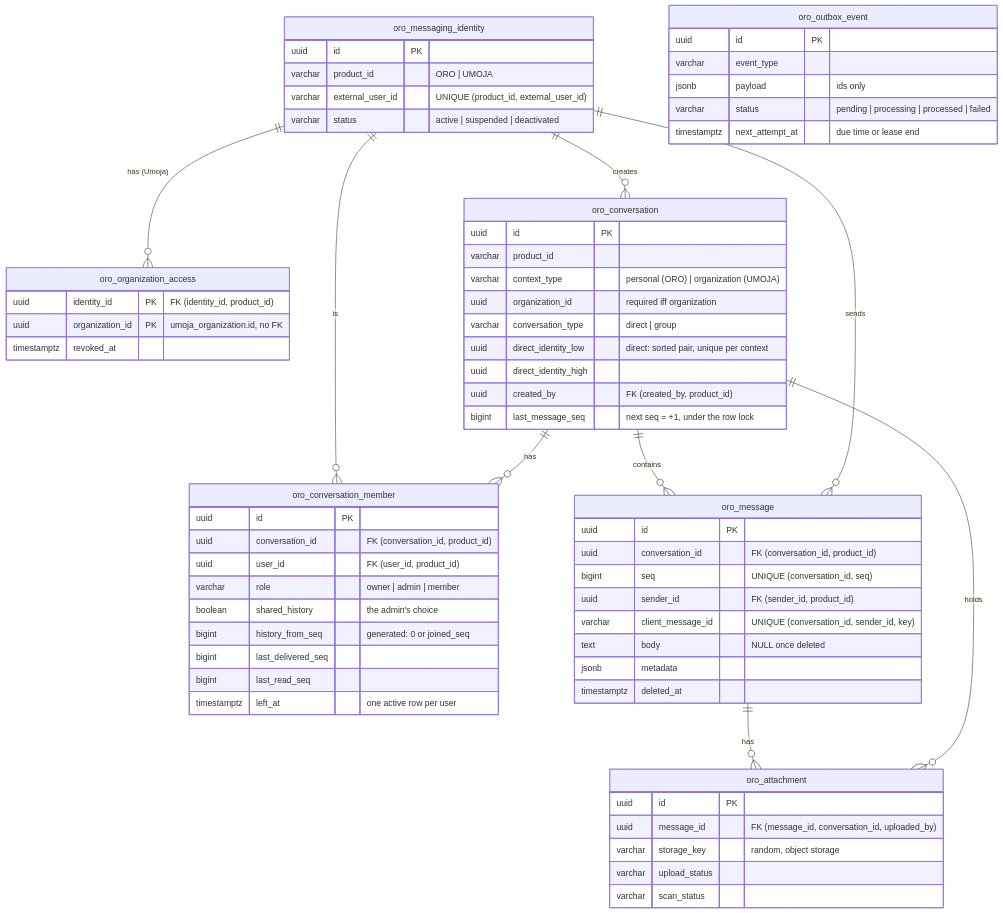
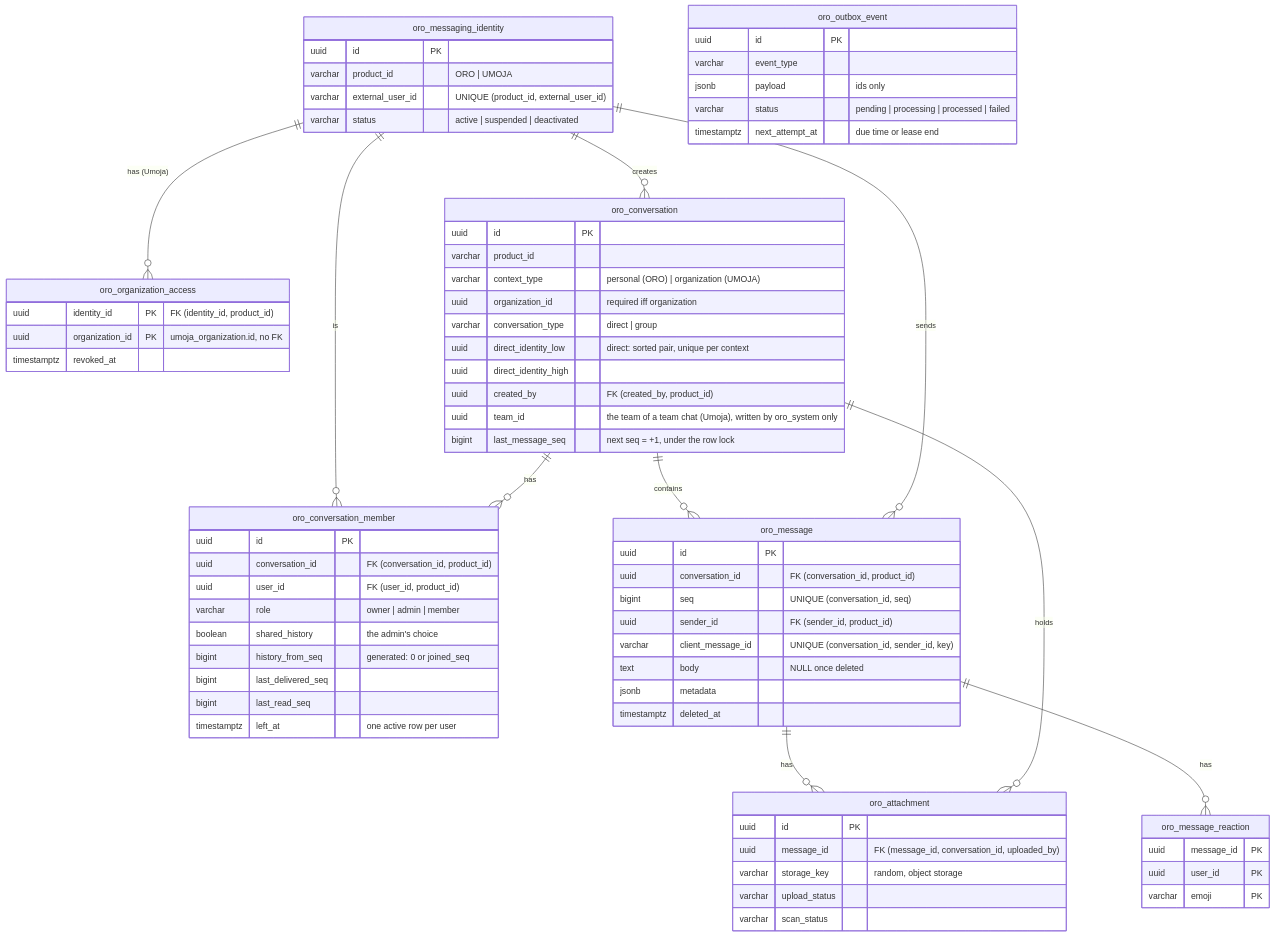
Before and after one commit to chrissbill23/oro: the diagram in backend/README.md, drawn with Mermaid. The commit also changed other lines of this file and 45 other files, not shown here.

First line of the commit message:
Add live streams, team chats, reactions, search and files to Oro

````diff
--- a/backend/README.md
+++ b/backend/README.md
@@ -148,69 +199,76 @@
 ```mermaid
 erDiagram
   oro_messaging_identity ||--o{ oro_organization_access : "has (Umoja)"
   oro_messaging_identity ||--o{ oro_conversation : creates
   oro_messaging_identity ||--o{ oro_conversation_member : "is"
   oro_conversation ||--o{ oro_conversation_member : has
   oro_conversation ||--o{ oro_message : contains
   oro_messaging_identity ||--o{ oro_message : sends
   oro_message ||--o{ oro_attachment : has
+  oro_message ||--o{ oro_message_reaction : has
   oro_conversation ||--o{ oro_attachment : holds
 
   oro_messaging_identity {
     uuid id PK
     varchar product_id "ORO | UMOJA"
     varchar external_user_id "UNIQUE (product_id, external_user_id)"
     varchar status "active | suspended | deactivated"
   }
   oro_organization_access {
     uuid identity_id PK "FK (identity_id, product_id)"
     uuid organization_id PK "umoja_organization.id, no FK"
     timestamptz revoked_at
   }
   oro_conversation {
     uuid id PK
     varchar product_id
     varchar context_type "personal (ORO) | organization (UMOJA)"
     uuid organization_id "required iff organization"
     varchar conversation_type "direct | group"
     uuid direct_identity_low "direct: sorted pair, unique per context"
     uuid direct_identity_high
     uuid created_by "FK (created_by, product_id)"
+    uuid team_id "the team of a team chat (Umoja), written by oro_system only"
     bigint last_message_seq "next seq = +1, under the row lock"
   }
   oro_conversation_member {
     uuid id PK
     uuid conversation_id "FK (conversation_id, product_id)"
     uuid user_id "FK (user_id, product_id)"
     varchar role "owner | admin | member"
     boolean shared_history "the admin's choice"
     bigint history_from_seq "generated: 0 or joined_seq"
     bigint last_delivered_seq
     bigint last_read_seq
     timestamptz left_at "one active row per user"
   }
   oro_message {
     uuid id PK
     uuid conversation_id "FK (conversation_id, product_id)"
     bigint seq "UNIQUE (conversation_id, seq)"
     uuid sender_id "FK (sender_id, product_id)"
     varchar client_message_id "UNIQUE (conversation_id, sender_id, key)"
     text body "NULL once deleted"
     jsonb metadata
     timestamptz deleted_at
   }
+  oro_message_reaction {
+    uuid message_id PK
+    uuid user_id PK
+    varchar emoji PK
+  }
   oro_attachment {
     uuid id PK
     uuid message_id "FK (message_id, conversation_id, uploaded_by)"
     varchar storage_key "random, object storage"
     varchar upload_status
     varchar scan_status
   }
   oro_outbox_event {
     uuid id PK
     varchar event_type
     jsonb payload "ids only"
     varchar status "pending | processing | processed | failed"
     timestamptz next_attempt_at "due time or lease end"
   }
 ```
````
